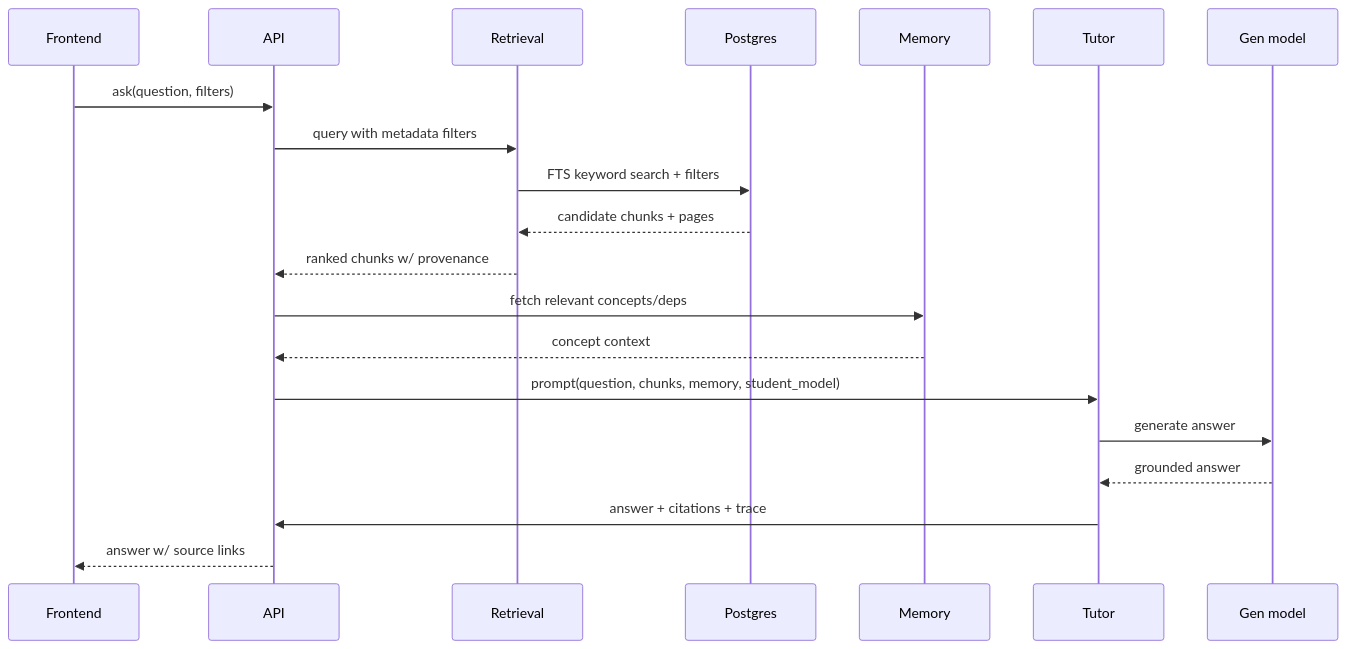
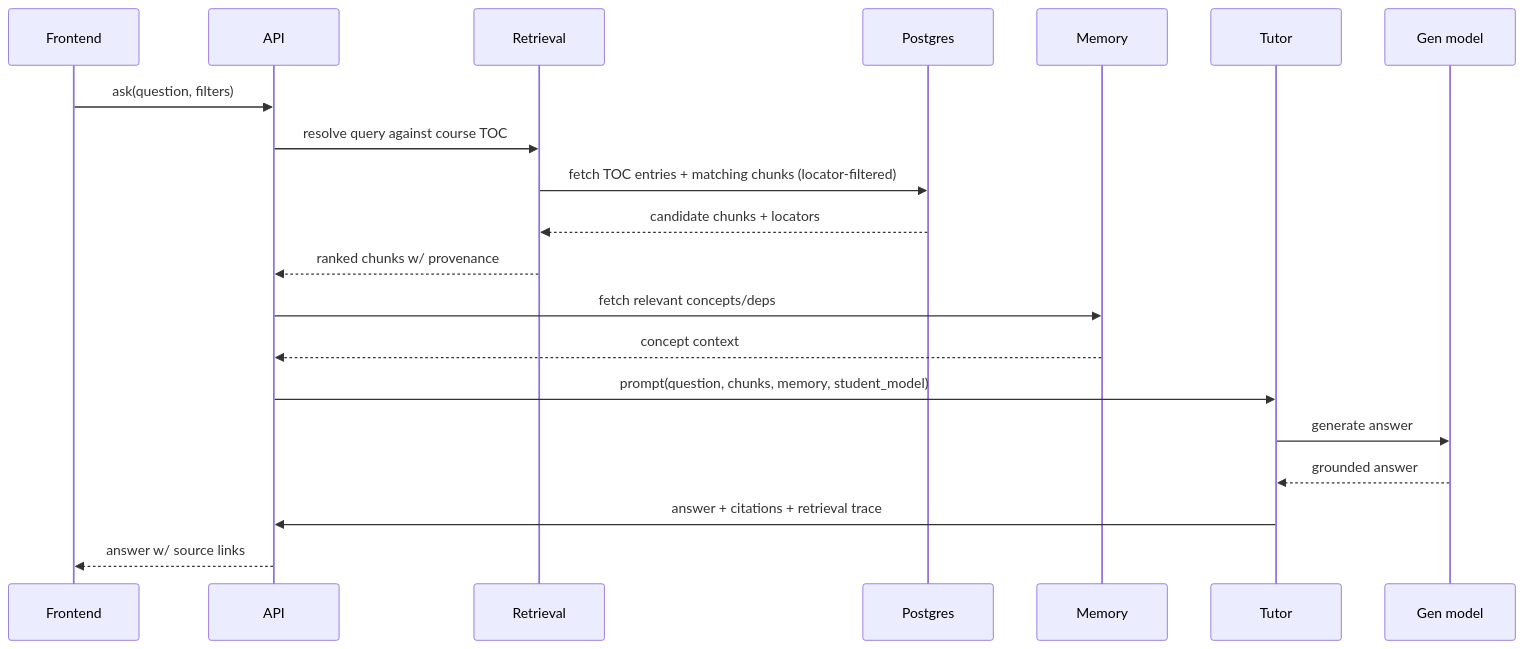
Before and after one commit to RileyK05/Stacks: diagram 15 of 18 in system.md, drawn with Mermaid. The commit also changed other lines of this file and 13 other files, not shown here.

Commit message:
schema additions

````diff
--- a/system.md
+++ b/system.md
@@ -392,23 +575,23 @@
 ```mermaid
 sequenceDiagram
     participant F as Frontend
     participant A as API
     participant R as Retrieval
     participant P as Postgres
     participant M as Memory
     participant T as Tutor
     participant G as Gen model
 
     F->>A: ask(question, filters)
-    A->>R: query with metadata filters
-    R->>P: FTS keyword search + filters
-    P-->>R: candidate chunks + pages
+    A->>R: resolve query against course TOC
+    R->>P: fetch TOC entries + matching chunks (locator-filtered)
+    P-->>R: candidate chunks + locators
     R-->>A: ranked chunks w/ provenance
     A->>M: fetch relevant concepts/deps
     M-->>A: concept context
     A->>T: prompt(question, chunks, memory, student_model)
     T->>G: generate answer
     G-->>T: grounded answer
-    T->>A: answer + citations + trace
+    T->>A: answer + citations + retrieval trace
     A-->>F: answer w/ source links
 ```
````
